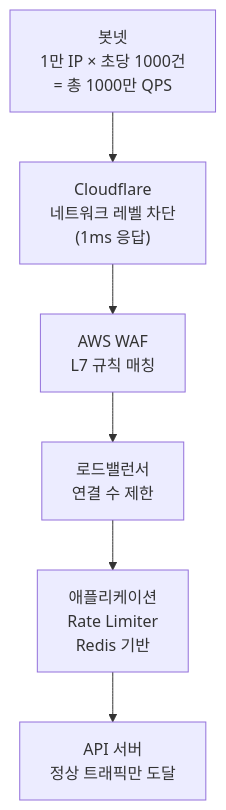
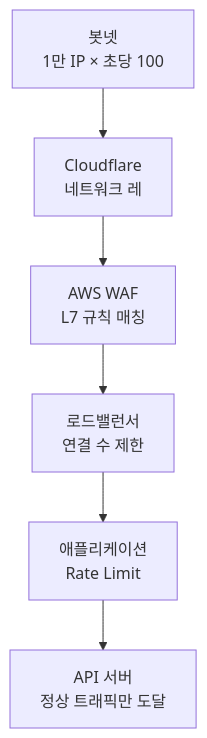
One commit to yjkim2015/yjkim2015.github.io changed the seventh of 7 diagrams in _posts/systemdesign/2026-05-02-system-design-rate-limiter.md. Above: the diagram before and after it, drawn with Mermaid. The commit also changed other lines of this file and 271 other files, not shown here.

First line of the commit message:
Mermaid 라벨 축소: 긴 노드 텍스트 18자 이하로 트림 + \n 제거

````diff
--- a/_posts/systemdesign/2026-05-02-system-design-rate-limiter.md
+++ b/_posts/systemdesign/2026-05-02-system-design-rate-limiter.md
@@ -239,8 +239,8 @@
 ```mermaid
 graph TD
-    DDoS["봇넷\n1만 IP × 초당 1000건\n= 총 1000만 QPS"] --> CF["Cloudflare\n네트워크 레벨 차단\n(1ms 응답)"]
+    DDoS["봇넷\n1만 IP × 초당 100"] --> CF["Cloudflare\n네트워크 레"]
     CF --> WAF["AWS WAF\nL7 규칙 매칭"]
     WAF --> LB["로드밸런서\n연결 수 제한"]
-    LB --> AppRL["애플리케이션\nRate Limiter\nRedis 기반"]
+    LB --> AppRL["애플리케이션\nRate Limit"]
     AppRL --> API["API 서버\n정상 트래픽만 도달"]
 ```
````
